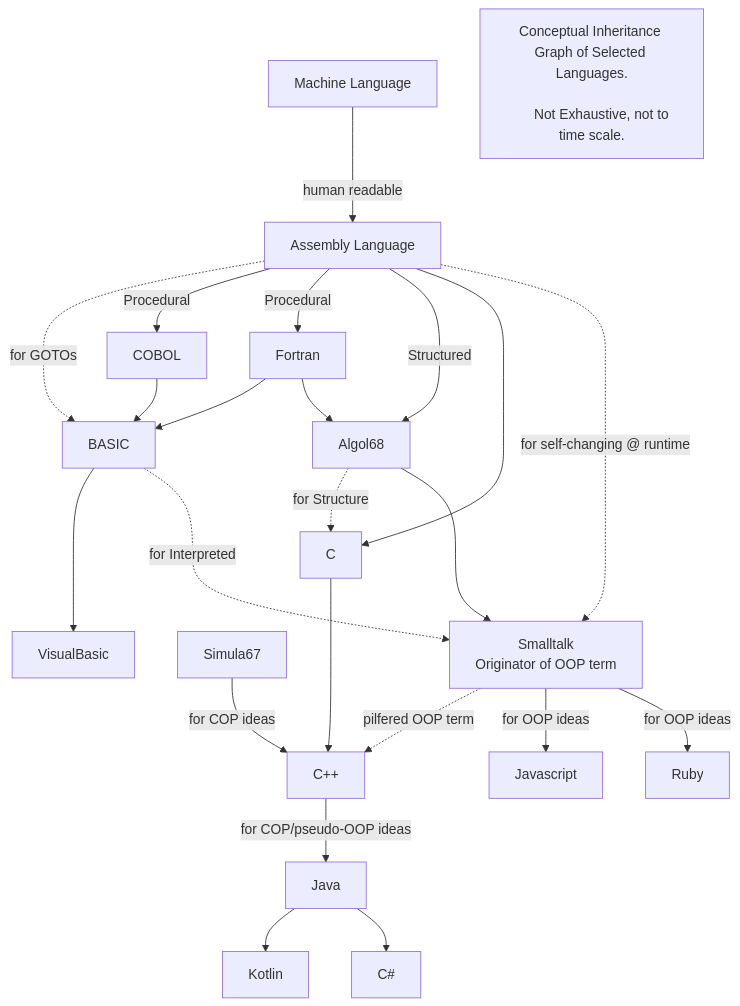
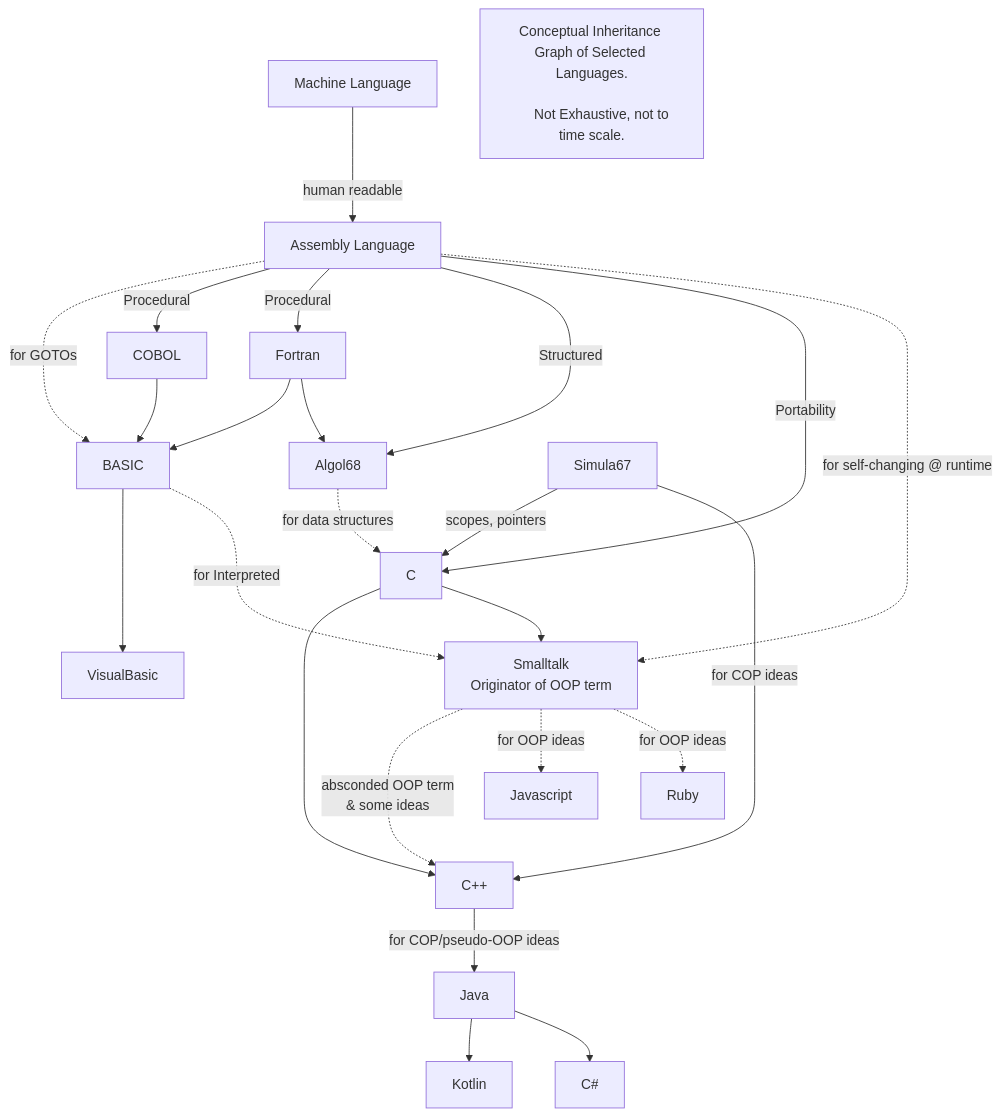
Before and after one commit to realityexpander/How_to_program_from_ground_up: the diagram in 13-Conclusion.md, drawn with Mermaid.

Commit message:
improve graph

````diff
--- a/13-Conclusion.md
+++ b/13-Conclusion.md
@@ -23,31 +23,33 @@
   ```mermaid
     graph TB
         MachineLanguage[Machine Language] -->|human readable| AssemblyLanguage
         AssemblyLanguage[Assembly Language] -.->|for GOTOs|Basic
         AssemblyLanguage[Assembly Language] -->|Procedural|COBOL
         AssemblyLanguage[Assembly Language] -->|Procedural|Fortran
         AssemblyLanguage[Assembly Language] -->|Structured|Algol68
-        AssemblyLanguage[Assembly Language] -->C
+        AssemblyLanguage[Assembly Language] -->|Portability|C
         COBOL["COBOL"] -->Basic
         Basic["BASIC"] ---> VisualBasic
         Fortran["Fortran"] -->Basic
-        Algol68[Algol68] -.->|for Structure|C
+        Algol68[Algol68] -.->|for data structures|C
+        Simula67["Simula67"] -->|scopes, pointers|C
         C["C"] -->Cplusplus
-        Simula67 -->|for COP ideas|Cplusplus
+        C -->Smalltalk
+        Simula67 --->|for COP ideas|Cplusplus
         Cplusplus["C++"] -->|for COP/pseudo-OOP ideas|Java
-        Smalltalk -.->|pilfered OOP term|Cplusplus
+        Smalltalk -..->|absconded OOP term 
+                        & some ideas|Cplusplus
         Java[Java] -->Kotlin
         Java -->CSharp
         CSharp["C#"]
         Fortran -->Algol68
-        Algol68 --->Smalltalk
         Smalltalk["Smalltalk
-                  Originator of OOP term"] -->|for OOP ideas|Javascript
-        Smalltalk -->|for OOP ideas|Ruby
+                  Originator of OOP term"] -.->|for OOP ideas|Javascript
+        Smalltalk -.->|for OOP ideas|Ruby
         Basic -.-> |for Interpreted|Smalltalk
         AssemblyLanguage-.->|for self-changing @ runtime|Smalltalk
     
     Note["Conceptual Inheritance Graph of Selected Languages.
           
           Not Exhaustive, not to time scale."]
   ```
````
